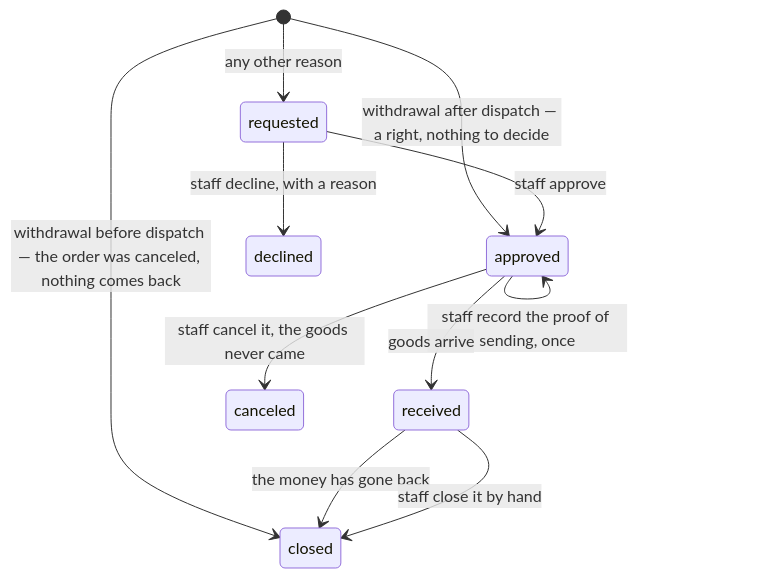
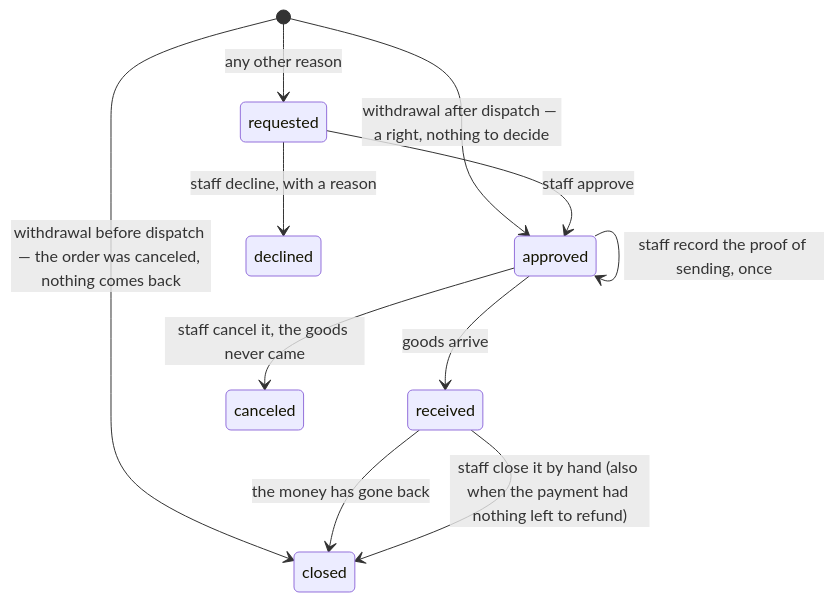
Before and after one commit to Guebbit/boilerplate-node-backend: the second of 2 diagrams in docs/modules/returns.md, drawn with Mermaid. The commit also changed other lines of this file and 28 other files, not shown here.

First line of the commit message:
feat(returns): leave a return open and tell staff when its refund came up short

````diff
--- a/docs/modules/returns.md
+++ b/docs/modules/returns.md
@@ -113,13 +114,13 @@
 ```mermaid
 stateDiagram-v2
     [*] --> closed: withdrawal before dispatch — the order was canceled, nothing comes back
     [*] --> approved: withdrawal after dispatch — a right, nothing to decide
     [*] --> requested: any other reason
     requested --> approved: staff approve
     requested --> declined: staff decline, with a reason
     approved --> approved: staff record the proof of sending, once
     approved --> received: goods arrive
     approved --> canceled: staff cancel it, the goods never came
     received --> closed: the money has gone back
-    received --> closed: staff close it by hand
+    received --> closed: staff close it by hand (also when the payment had nothing left to refund)
 ```
````
